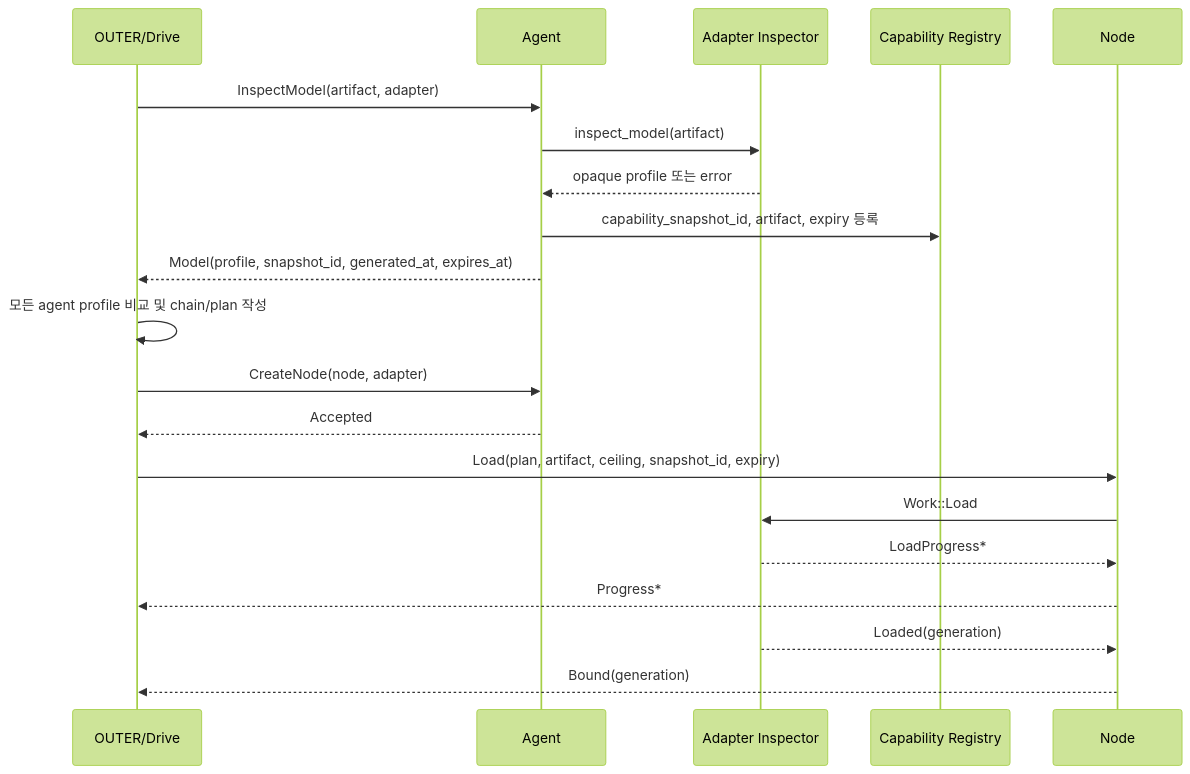
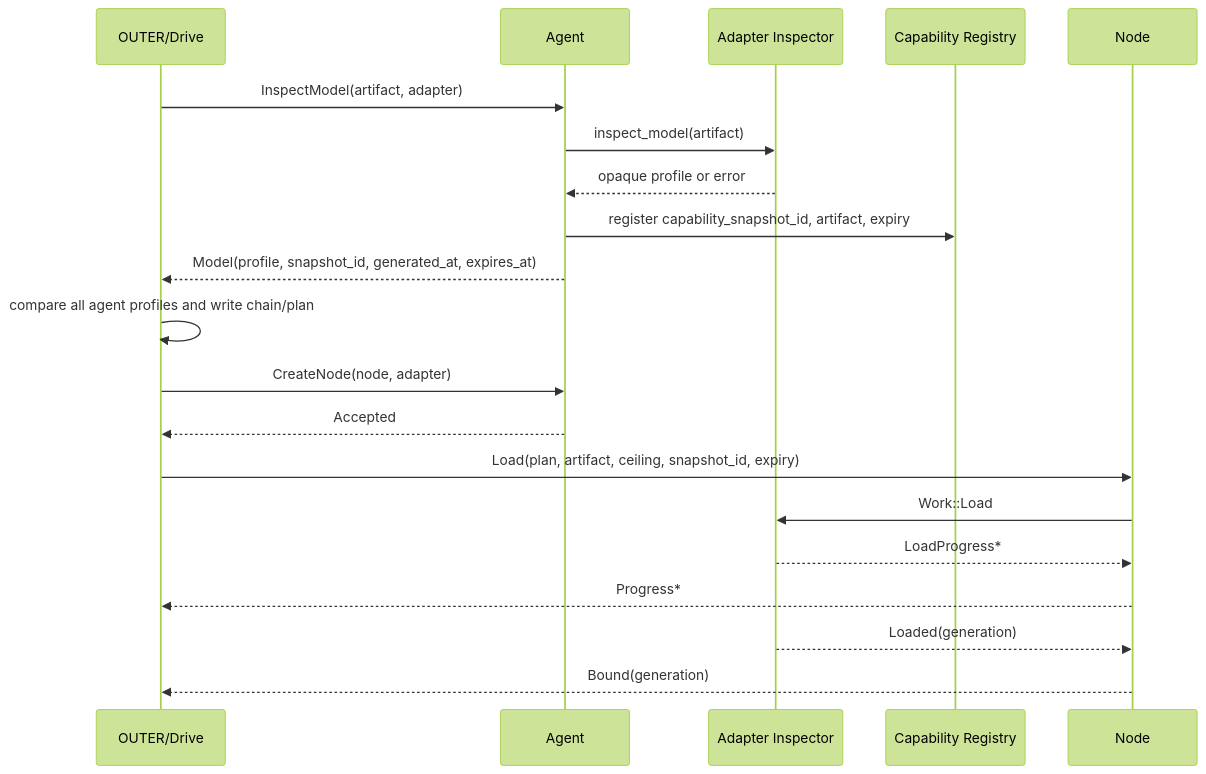
The second of 10 diagrams in docs/protocol.md (louisevandan/kvasir-net), drawn with Mermaid (forest theme) before and after one commit. The commit also changed other lines of this file and 212 other files, not shown here.

````diff
--- a/docs/protocol.md
+++ b/docs/protocol.md
@@ -1445,23 +1506,23 @@
 ```mermaid
 sequenceDiagram
     participant O as OUTER/Drive
     participant A as Agent
     participant D as Adapter Inspector
     participant R as Capability Registry
     participant N as Node
 
     O->>A: InspectModel(artifact, adapter)
     A->>D: inspect_model(artifact)
-    D-->>A: opaque profile 또는 error
-    A->>R: capability_snapshot_id, artifact, expiry 등록
+    D-->>A: opaque profile or error
+    A->>R: register capability_snapshot_id, artifact, expiry
     A-->>O: Model(profile, snapshot_id, generated_at, expires_at)
-    O->>O: 모든 agent profile 비교 및 chain/plan 작성
+    O->>O: compare all agent profiles and write chain/plan
     O->>A: CreateNode(node, adapter)
     A-->>O: Accepted
     O->>N: Load(plan, artifact, ceiling, snapshot_id, expiry)
     N->>D: Work::Load
     D-->>N: LoadProgress*
     N-->>O: Progress*
     D-->>N: Loaded(generation)
     N-->>O: Bound(generation)
 ```
````
